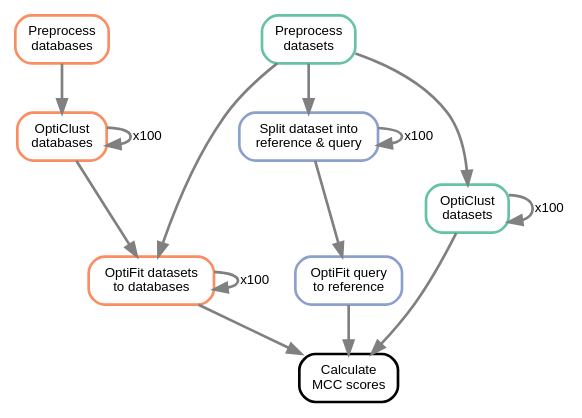
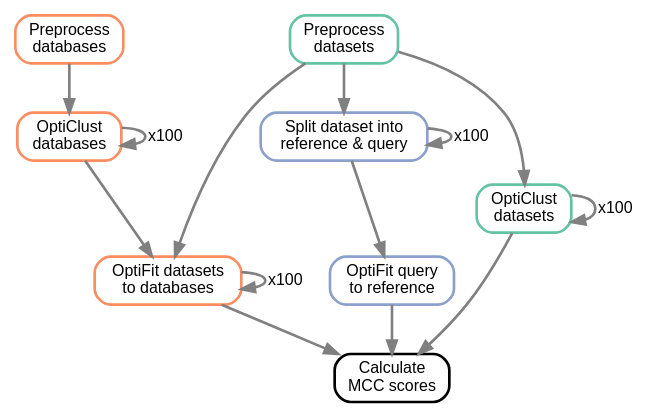
The diagram in figures/workflow.gv (SchlossLab/Sovacool_OptiFit_mSphere_2022), drawn with Graphviz before and after one commit. The commit also changed 9 other files, not shown here.

Commit message:
Rename results figure slug

```diff
--- a/figures/workflow.gv
+++ b/figures/workflow.gv
@@ -1,43 +1,43 @@
 # RColorBrewer::brewer.pal(n=4, name='Set2')
 digraph snakemake_dag {
     graph[bgcolor=white];
     node[shape=box, style=rounded, 
-         fontname=helvetica, fontsize=10, penwidth=2];
+         fontname=helvetica, fontsize=12, penwidth=2];
     edge[penwidth=2, color=grey, 
-         fontname=helvetica, fontsize=10];
+         fontname=helvetica, fontsize=12];
     
 	1[label = "Preprocess\ndatasets", 
 	  color = "#66C2A5", style="rounded"];
 	2[label = "OptiClust\ndatasets", 
 	  color = "#66C2A5", style="rounded"];
 	
 	11[label = "Preprocess\ndatabases", 
 	   color = "#FC8D62", style="rounded"];
 	12[label = "OptiClust\ndatabases", 
 	   color = "#FC8D62", style="rounded"];
 	13[label = "OptiFit datasets\nto databases", 
 	   color = "#FC8D62", style="rounded"];
 	
 	20[label = "Split dataset into\nreference & query", 
 	   color = "#8DA0CB", style="rounded"];
 	21[label = "OptiFit query\nto reference", 
 	   color = "#8DA0CB", style="rounded"];
 	
 	30[label = "Calculate\nMCC scores", 
 	   style="rounded"];
 	
 	1 -> 2
 	2 -> 2 [label = "x100"]
 	2 -> 30
 	
 	11 -> 12 -> 13
 	12 -> 12 [label = "x100"]
 	1 -> 13
 	13 -> 13 [label = "x100"]
 	13 -> 30
 	
 	20 -> 21
 	20 -> 20 [label = "x100"]
 	1 -> 20
 	21 -> 30
 }
```
